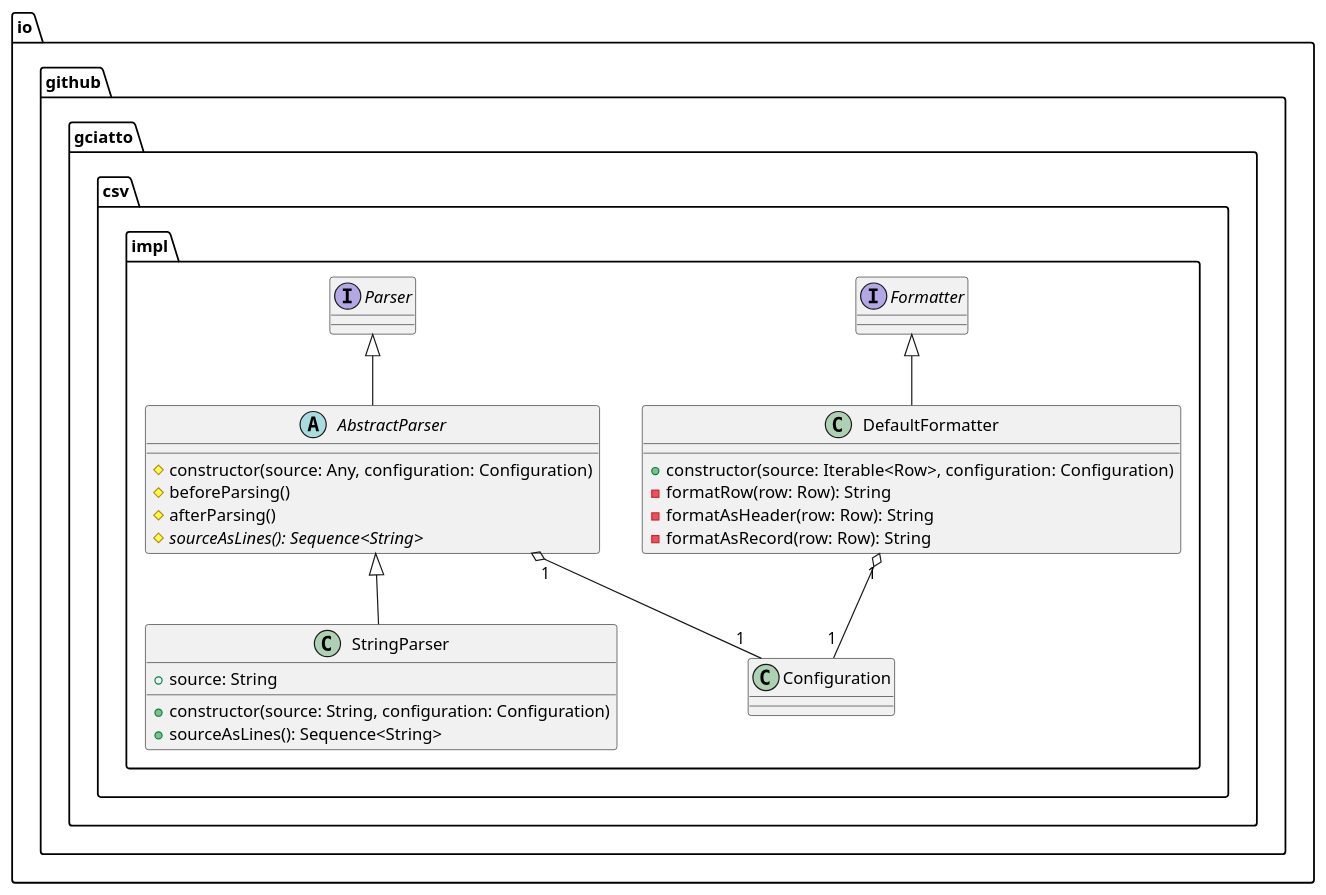
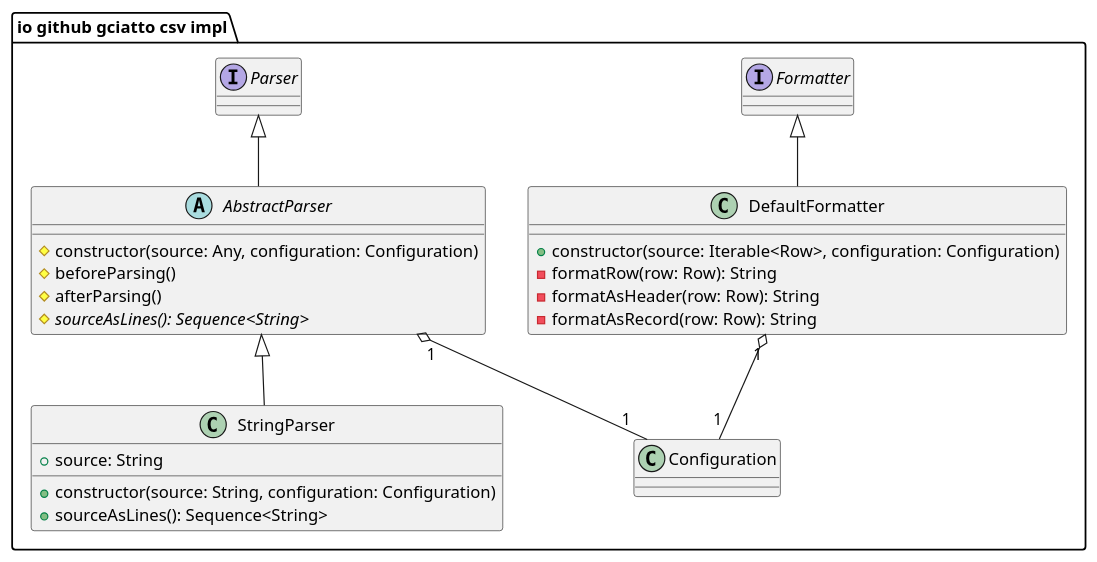
The fifth of 5 diagrams in content/02-WOBA/_index.md (gciatto/mpp4rs-slides), drawn with PlantUML before and after one commit. The commit also changed other lines of this file and 2 other files, not shown here.

Commit message:
fix: plantuml support

```diff
--- a/content/02-WOBA/_index.md
+++ b/content/02-WOBA/_index.md
@@ -1079,39 +1075,41 @@
+{{< plantuml >}}
 @startuml
 skinparam monochrome false
 
-package io.github.gciatto.csv.impl {
+package "io github gciatto csv impl" {
 
     class Configuration
     interface Formatter
     interface Parser
 
     DefaultFormatter "1" o-- "1" Configuration
     AbstractParser "1" o-- "1" Configuration
 
     class DefaultFormatter {
         + constructor(source: Iterable<Row>, configuration: Configuration)
         - formatRow(row: Row): String
         - formatAsHeader(row: Row): String
         - formatAsRecord(row: Row): String
     }
 
     Formatter <|-- DefaultFormatter
 
     abstract class AbstractParser {
         # constructor(source: Any, configuration: Configuration)
         # beforeParsing()
         # afterParsing()
         # {abstract} sourceAsLines(): Sequence<String>
     }
 
     Parser <|-- AbstractParser
 
     class StringParser {
         + source: String
         + constructor(source: String, configuration: Configuration)
         + sourceAsLines(): Sequence<String>
     }
 
     AbstractParser <|-- StringParser
 }
 @enduml
+{{< /plantuml >}}
```
